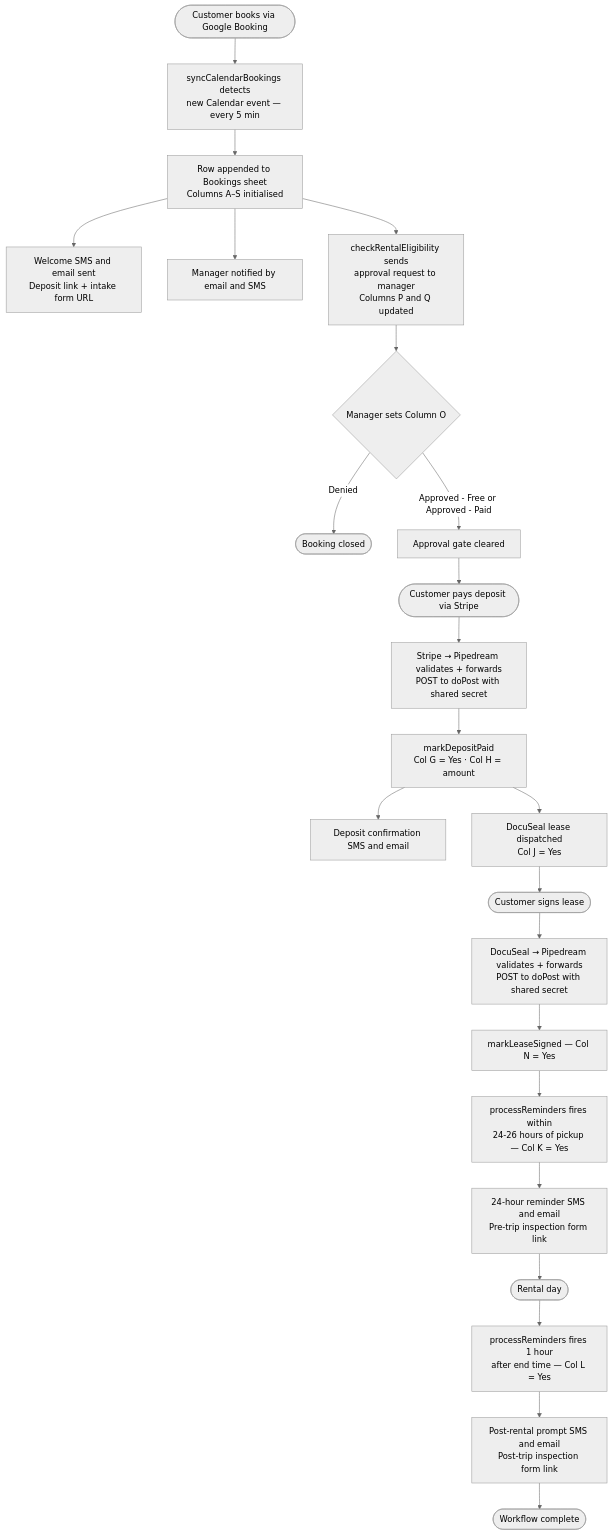
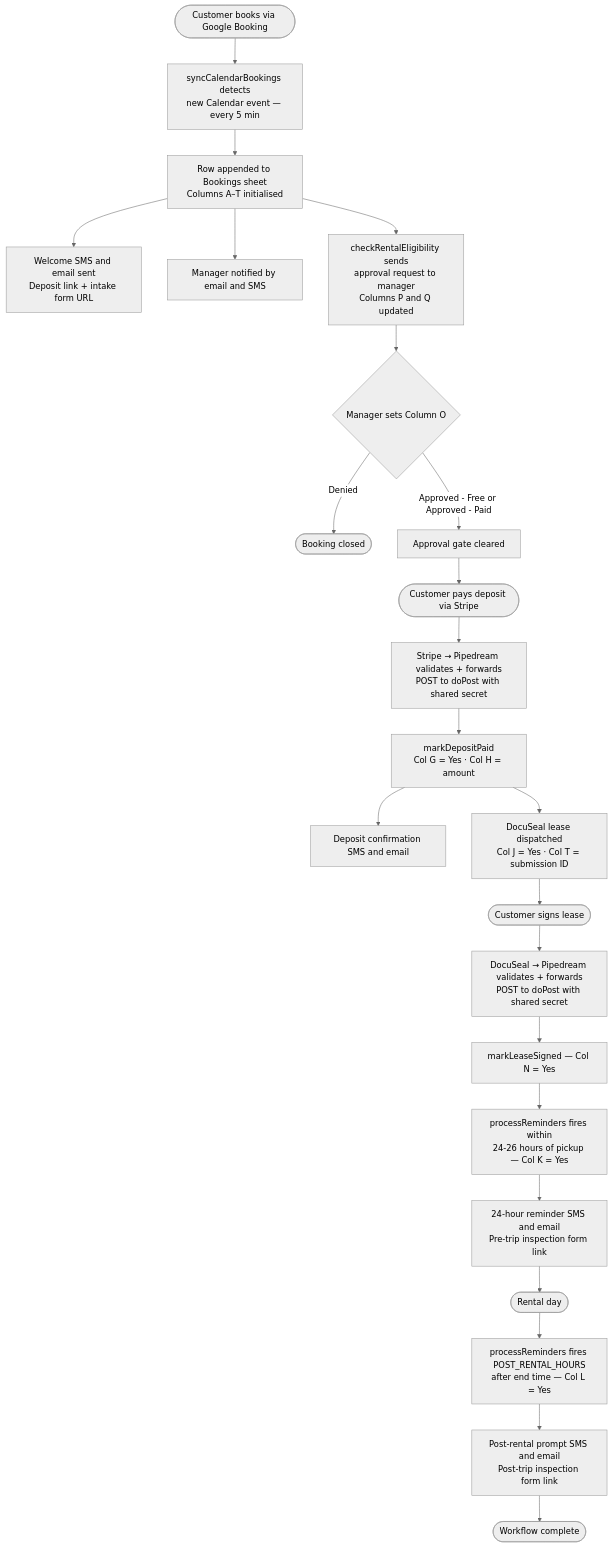
One commit to SolomonBell/vehicle-script changed the first of 2 diagrams in README.md. Above: the diagram before and after it, drawn with Mermaid (neutral theme). The commit also changed other lines of this file, not shown here.

````diff
--- a/README.md
+++ b/README.md
@@ -47,29 +213,29 @@
 ```mermaid
 flowchart TD
     A([Customer books via Google Booking]) --> B[syncCalendarBookings detects\nnew Calendar event — every 5 min]
-    B --> C[Row appended to Bookings sheet\nColumns A–S initialised]
+    B --> C[Row appended to Bookings sheet\nColumns A–T initialised]
     C --> D[Welcome SMS and email sent\nDeposit link + intake form URL]
     C --> E[Manager notified by email and SMS]
     C --> F[checkRentalEligibility sends\napproval request to manager\nColumns P and Q updated]
 
     F --> G{Manager sets Column O}
     G -->|Denied| STOP([Booking closed])
     G -->|Approved - Free or Approved - Paid| H[Approval gate cleared]
 
     H --> I([Customer pays deposit via Stripe])
     I --> J[Stripe → Pipedream validates + forwards\nPOST to doPost with shared secret]
     J --> K[markDepositPaid\nCol G = Yes · Col H = amount]
     K --> L[Deposit confirmation SMS and email]
-    K --> M[DocuSeal lease dispatched\nCol J = Yes]
+    K --> M[DocuSeal lease dispatched\nCol J = Yes · Col T = submission ID]
 
     M --> N([Customer signs lease])
     N --> O[DocuSeal → Pipedream validates + forwards\nPOST to doPost with shared secret]
     O --> P[markLeaseSigned — Col N = Yes]
 
     P --> Q[processReminders fires within\n24-26 hours of pickup — Col K = Yes]
     Q --> R[24-hour reminder SMS and email\nPre-trip inspection form link]
     R --> S([Rental day])
-    S --> T[processReminders fires 1 hour\nafter end time — Col L = Yes]
+    S --> T[processReminders fires POST_RENTAL_HOURS\nafter end time — Col L = Yes]
     T --> U[Post-rental prompt SMS and email\nPost-trip inspection form link]
     U --> V([Workflow complete])
 ```
````
